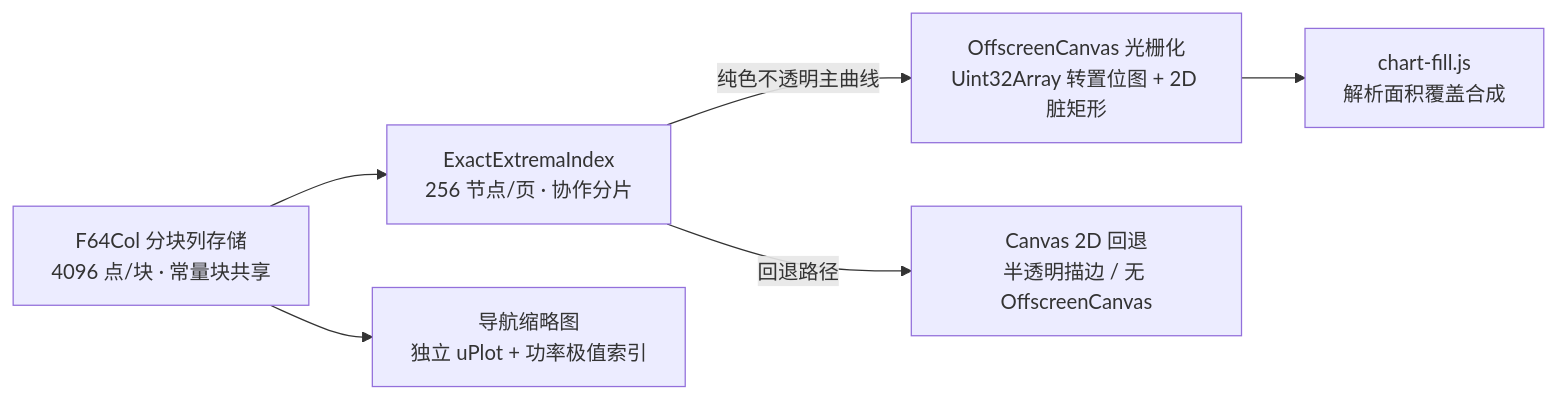
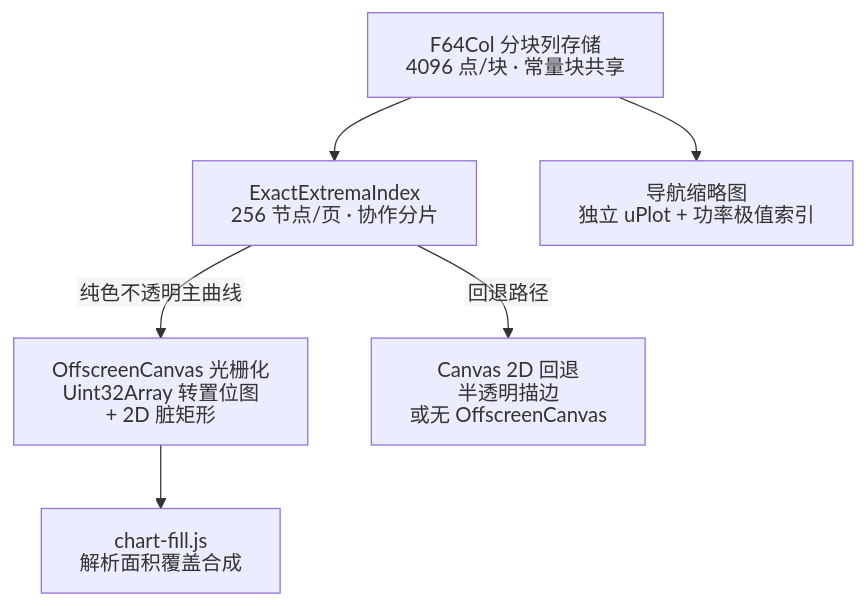
The third of 4 diagrams in docs/ARCHITECTURE.md (KHWLGH/laPower), drawn with Mermaid before and after one commit. The commit also changed other lines of this file and 1 other file, not shown here.

Commit message:
docs: fix Mermaid label rendering

````diff
--- a/docs/ARCHITECTURE.md
+++ b/docs/ARCHITECTURE.md
@@ -209,15 +225,22 @@
 ```mermaid
-flowchart LR
+---
+config:
+  htmlLabels: false
+  flowchart:
+    diagramPadding: 110
+    wrappingWidth: 240
+---
+flowchart TB
   COL["F64Col 分块列存储<br/>4096 点/块 · 常量块共享"]
   IDX["ExactExtremaIndex<br/>256 节点/页 · 协作分片"]
-  FAST["OffscreenCanvas 光栅化<br/>Uint32Array 转置位图 + 2D 脏矩形"]
+  FAST["OffscreenCanvas 光栅化<br/>Uint32Array 转置位图<br/>+ 2D 脏矩形"]
   FILL["chart-fill.js<br/>解析面积覆盖合成"]
-  FALLBACK["Canvas 2D 回退<br/>半透明描边 / 无 OffscreenCanvas"]
+  FALLBACK["Canvas 2D 回退<br/>半透明描边<br/>或无 OffscreenCanvas"]
   NAV["导航缩略图<br/>独立 uPlot + 功率极值索引"]
 
   COL --> IDX
   IDX -->|"纯色不透明主曲线"| FAST
   FAST --> FILL
   IDX -->|"回退路径"| FALLBACK
   COL --> NAV
 ```
````
